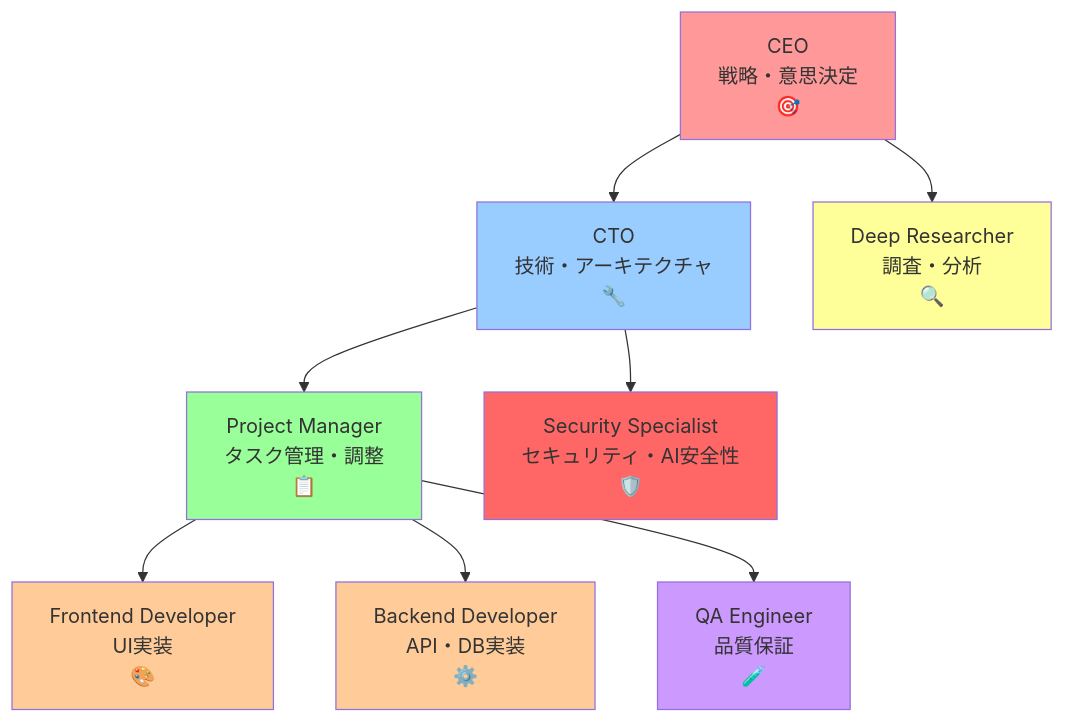
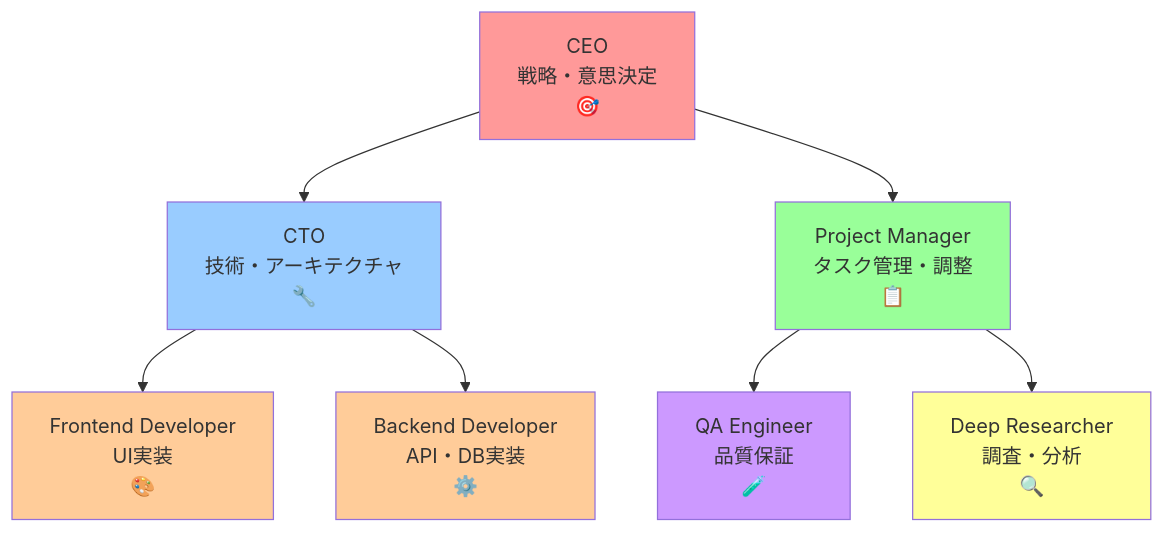
The diagram in README.md (kamekamek/github-actions-sample), drawn with Mermaid before and after one commit. The commit also changed 36 other files, not shown here.

````diff
--- a/README.md
+++ b/README.md
@@ -8,28 +8,25 @@
 ```mermaid
 graph TD
     CEO[CEO<br/>戦略・意思決定<br/>🎯]
     CTO[CTO<br/>技術・アーキテクチャ<br/>🔧]
     PM[Project Manager<br/>タスク管理・調整<br/>📋]
     FE[Frontend Developer<br/>UI実装<br/>🎨]
     BE[Backend Developer<br/>API・DB実装<br/>⚙️]
     QA[QA Engineer<br/>品質保証<br/>🧪]
-    SEC[Security Specialist<br/>セキュリティ・AI安全性<br/>🛡️]
     DR[Deep Researcher<br/>調査・分析<br/>🔍]
     
     CEO --> CTO
-    CTO --> PM
-    PM --> FE
-    PM --> BE
+    CEO --> PM
+    CTO --> FE
+    CTO --> BE
     PM --> QA
-    CTO --> SEC
-    CEO --> DR
+    PM --> DR
     
     style CEO fill:#ff9999
     style CTO fill:#99ccff
     style PM fill:#99ff99
     style FE fill:#ffcc99
     style BE fill:#ffcc99
     style QA fill:#cc99ff
-    style SEC fill:#ff6666
     style DR fill:#ffff99
 ```
````
